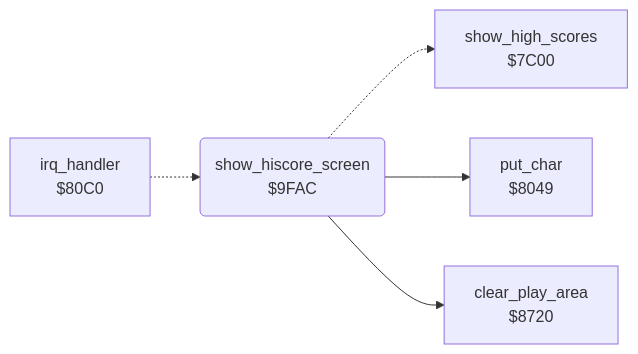
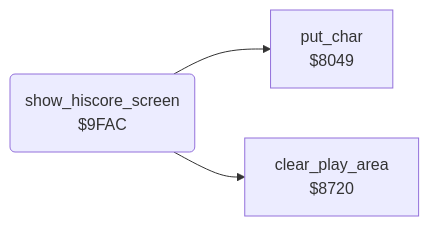
One commit to henols/c64_games changed the diagram in hover_bovver/docs/reference/modules/title/attract_loop.md. Above: the diagram before and after it, drawn with Mermaid. The commit also changed other lines of this file and 1100 other files, not shown here.

````diff
--- a/hover_bovver/docs/reference/modules/title/attract_loop.md
+++ b/hover_bovver/docs/reference/modules/title/attract_loop.md
@@ -10,12 +26,8 @@
 ```mermaid
 flowchart LR
-  n7c00["show_high_scores<br/>$7C00"]
   n8049["put_char<br/>$8049"]
-  n80c0["irq_handler<br/>$80C0"]
   n8720["clear_play_area<br/>$8720"]
   n9fac("show_hiscore_screen<br/>$9FAC")
-  n80c0 -.-> n9fac
-  n9fac -.-> n7c00
   n9fac --> n8049
   n9fac --> n8720
 ```
````
